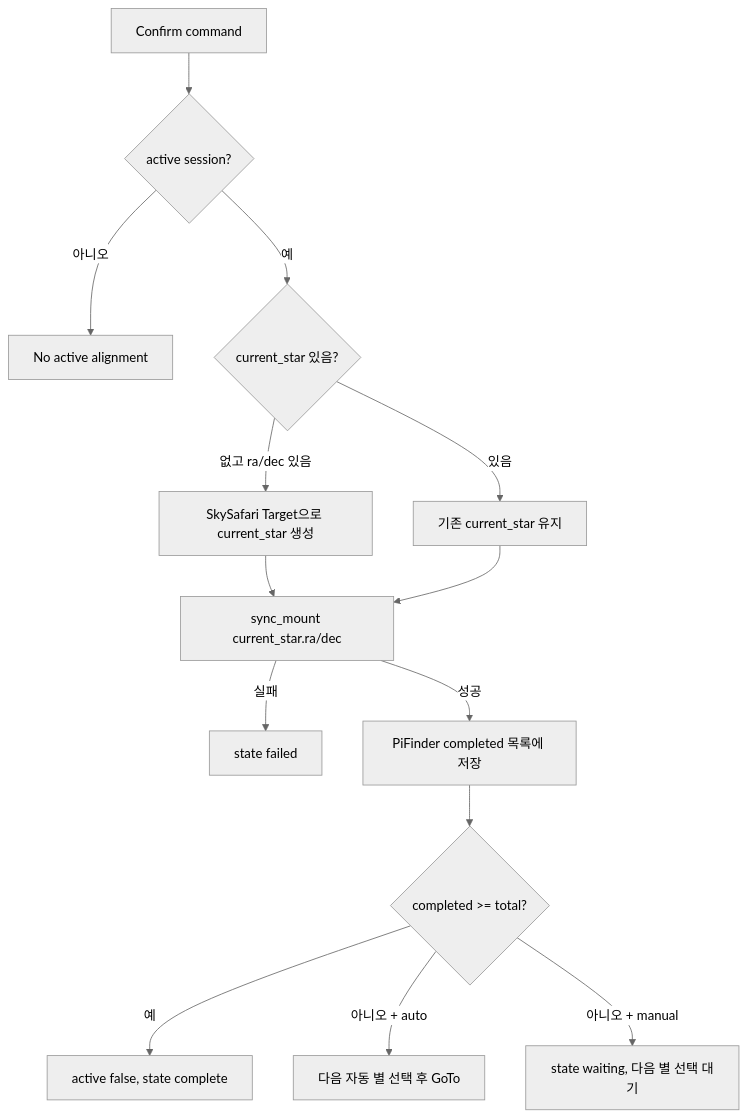
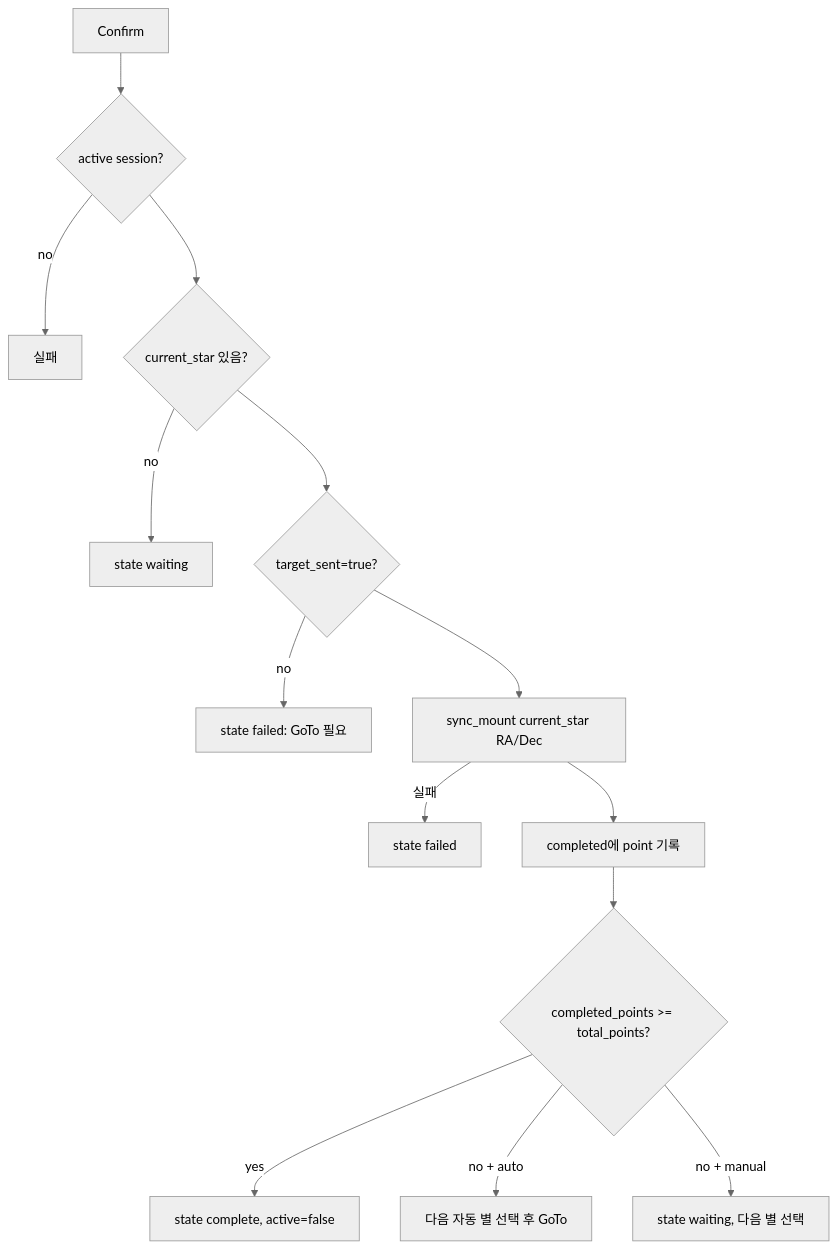
Before and after one commit to hjoungjoo/MF_PiFinder: the second of 2 diagrams in docs/mf_multipoint_align_flow_ko.md, drawn with Mermaid (neutral theme). The commit also changed other lines of this file and 10 other files, not shown here.

Commit message:
Refactor INDI multi-align controller flow

````diff
--- a/docs/mf_multipoint_align_flow_ko.md
+++ b/docs/mf_multipoint_align_flow_ko.md
@@ -272,16 +245,16 @@
 ```mermaid
 flowchart TD
-    A[Confirm command] --> B{active session?}
-    B -->|아니오| X[No active alignment]
-    B -->|예| C{current_star 있음?}
-    C -->|없고 ra/dec 있음| D[SkySafari Target으로 current_star 생성]
-    C -->|있음| E[기존 current_star 유지]
-    D --> F[sync_mount current_star.ra/dec]
-    E --> F
-    F -->|실패| Y[state failed]
-    F -->|성공| G[PiFinder completed 목록에 저장]
-    G --> H{completed >= total?}
-    H -->|예| I[active false, state complete]
-    H -->|아니오 + auto| J[다음 자동 별 선택 후 GoTo]
-    H -->|아니오 + manual| K[state waiting, 다음 별 선택 대기]
+    A[Confirm] --> B{active session?}
+    B -->|no| X[실패]
+    B --> C{current_star 있음?}
+    C -->|no| Y[state waiting]
+    C --> D{target_sent=true?}
+    D -->|no| Z[state failed: GoTo 필요]
+    D --> E[sync_mount current_star RA/Dec]
+    E -->|실패| F[state failed]
+    E --> G[completed에 point 기록]
+    G --> H{completed_points >= total_points?}
+    H -->|yes| I[state complete, active=false]
+    H -->|no + auto| J[다음 자동 별 선택 후 GoTo]
+    H -->|no + manual| K[state waiting, 다음 별 선택]
 ```
````
